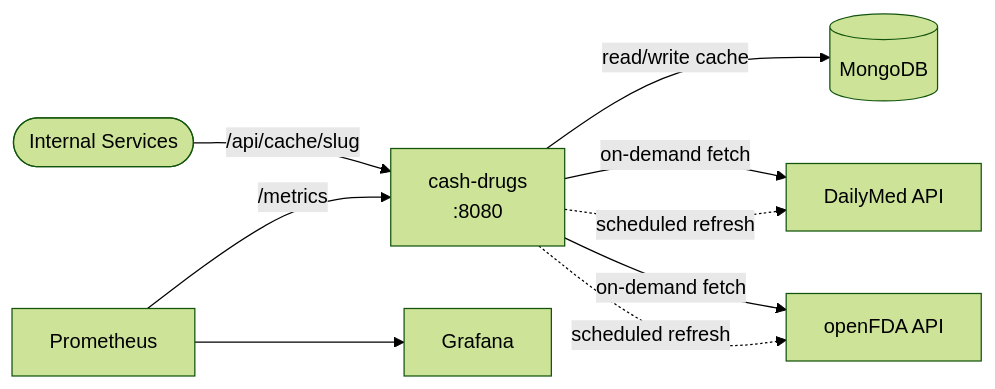
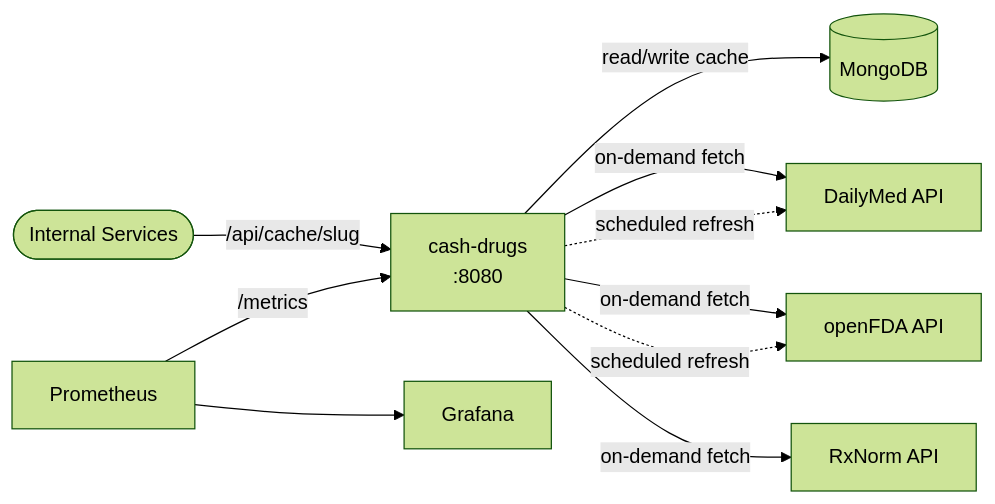
One commit to finish06/cash-drugs changed the first of 4 diagrams in README.md. Above: the diagram before and after it, drawn with Mermaid (forest theme). The commit also changed other lines of this file and 8 other files, not shown here.

````diff
--- a/README.md
+++ b/README.md
@@ -295,19 +305,21 @@
 ```mermaid
 graph LR
     Svc([Internal Services])
     CD[cash-drugs<br/>:8080]
     DB[(MongoDB)]
     DM[DailyMed API]
     FDA[openFDA API]
+    RX[RxNorm API]
     Prom[Prometheus]
     Graf[Grafana]
 
     Svc -->|/api/cache/slug| CD
     CD -->|read/write cache| DB
     CD -->|on-demand fetch| DM
     CD -->|on-demand fetch| FDA
+    CD -->|on-demand fetch| RX
     CD -.->|scheduled refresh| DM
     CD -.->|scheduled refresh| FDA
     Prom -->|/metrics| CD
     Prom --> Graf
 ```
````
